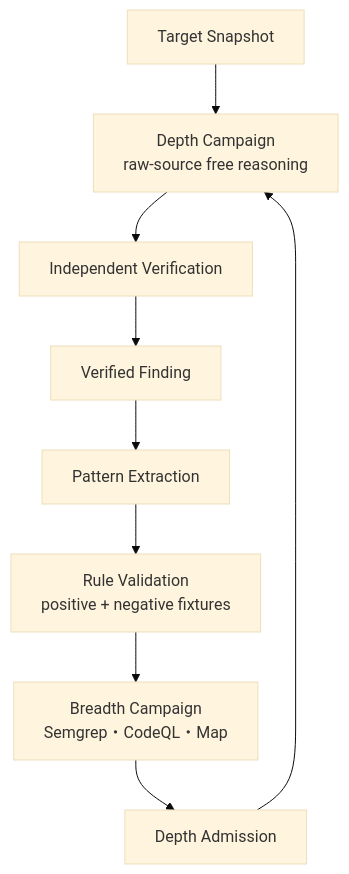
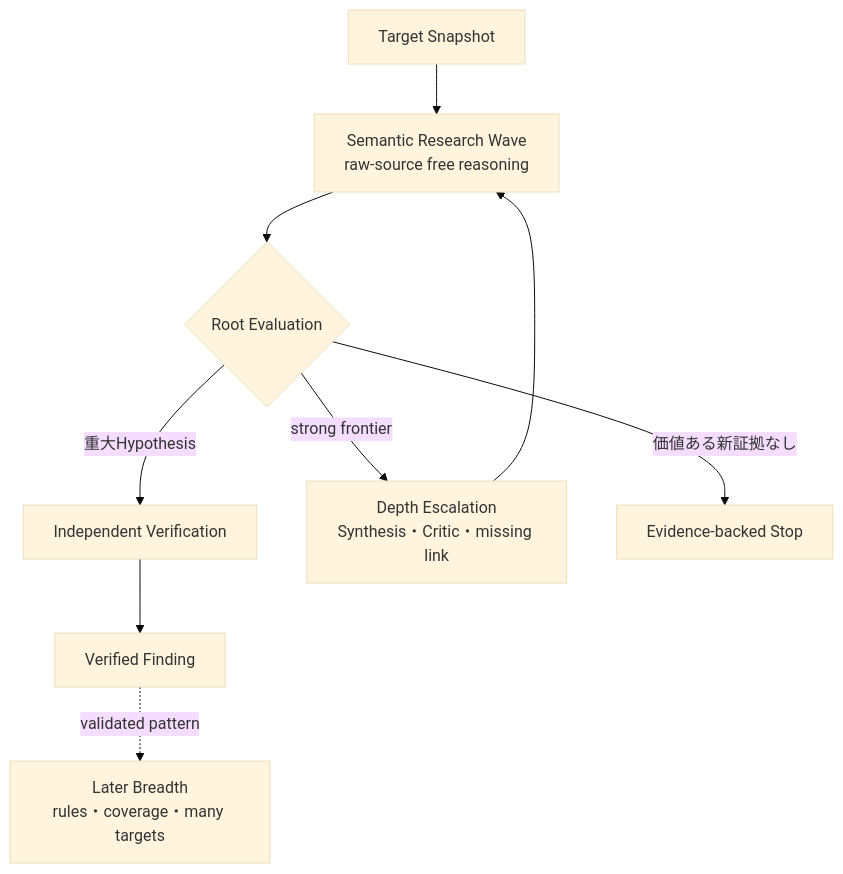
Before and after one commit to momoponwork1415-lgtm/wordpress-harness: the diagram in docs/design/research-design-principles.md, drawn with Mermaid (base theme). The commit also changed other lines of this file, not shown here.

Commit message:
Make semantic research the default operating principle

````diff
--- a/docs/design/research-design-principles.md
+++ b/docs/design/research-design-principles.md
@@ -47,15 +59,17 @@
 ```mermaid
 flowchart TB
     target["Target Snapshot"]
-    depth["Depth Campaign<br/>raw-source free reasoning"]
+    semantic["Semantic Research Wave<br/>raw-source free reasoning"]
+    decision{"Root Evaluation"}
     verify["Independent Verification"]
+    depth["Depth Escalation<br/>Synthesis・Critic・missing link"]
+    stop["Evidence-backed Stop"]
     finding["Verified Finding"]
-    extract["Pattern Extraction"]
-    test["Rule Validation<br/>positive + negative fixtures"]
-    breadth["Breadth Campaign<br/>Semgrep・CodeQL・Map"]
-    admission["Depth Admission"]
+    breadth["Later Breadth<br/>rules・coverage・many targets"]
 
-    target --> depth --> verify --> finding
-    finding --> extract --> test --> breadth
-    breadth --> admission --> depth
+    target --> semantic --> decision
+    decision -->|"重大Hypothesis"| verify --> finding
+    decision -->|"strong frontier"| depth --> semantic
+    decision -->|"価値ある新証拠なし"| stop
+    finding -. "validated pattern" .-> breadth
 ```
````
